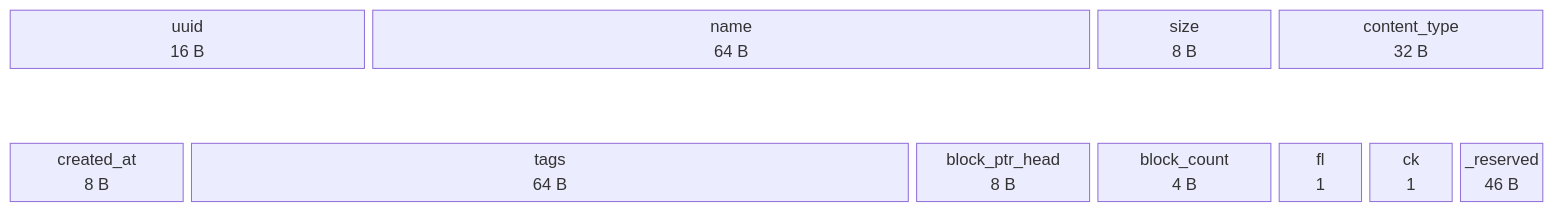
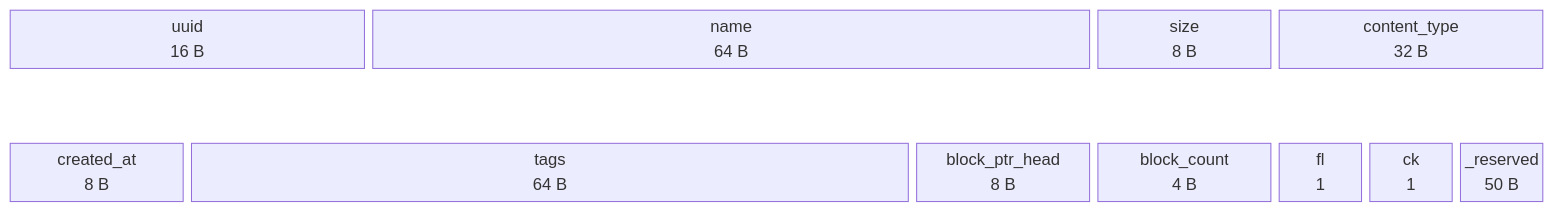
The fifth of 17 diagrams in design.md (Faye-bit/MiniOS_CUG_SE_OS), drawn with Mermaid before and after one commit. The commit also changed other lines of this file, not shown here.

````diff
--- a/design.md
+++ b/design.md
@@ -190,18 +242,18 @@
 ```mermaid
 block-beta
     columns 17
     uuid["uuid<br/>16 B"]:4
     name["name<br/>64 B"]:8
     size["size<br/>8 B"]:2
     ctype["content_type<br/>32 B"]:3
 
     space:17
 
     cat["created_at<br/>8 B"]:2
     tags["tags<br/>64 B"]:8
     bph["block_ptr_head<br/>8 B"]:2
     bc["block_count<br/>4 B"]:2
     fl["fl<br/>1"]:1
     ck["ck<br/>1"]:1
-    res["_reserved<br/>46 B"]:1
+    res["_reserved<br/>50 B"]:1
 ```
````
